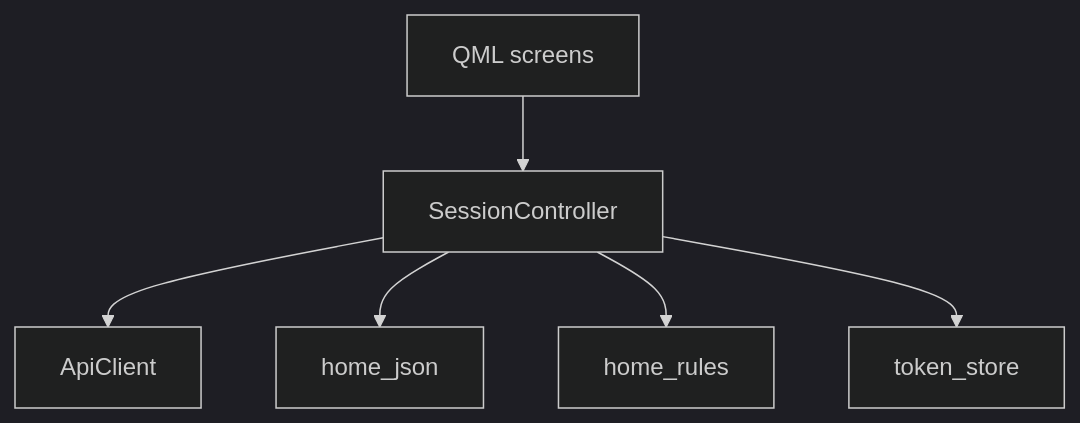
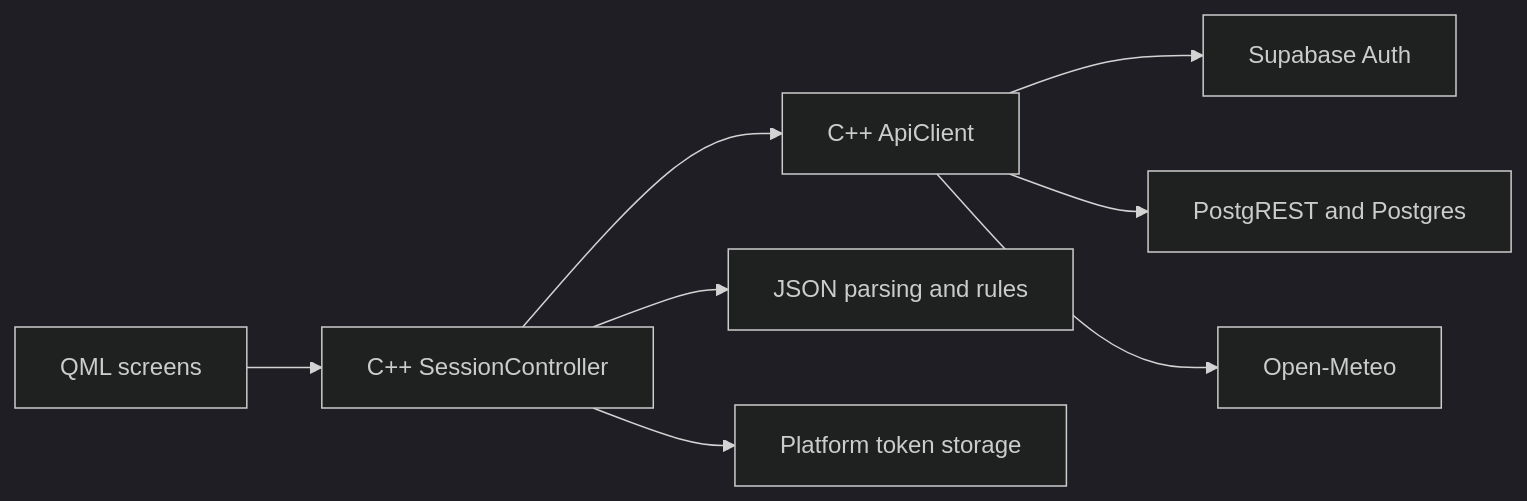
Before and after one commit to denis-mutuma/SmartHome: the diagram in docs/architecture.md, drawn with Mermaid (dark theme). The commit also changed other lines of this file and 2 other files, not shown here.

Commit message:
docs: consolidate prototype and architecture reference

````diff
--- a/docs/architecture.md
+++ b/docs/architecture.md
@@ -34,14 +15,10 @@
 ```mermaid
-flowchart TB
-  qml[QML screens]
-  session[SessionController]
-  api[ApiClient]
-  json[home_json]
-  rules[home_rules]
-  tokens[token_store]
-  qml --> session
-  session --> api
-  session --> json
-  session --> rules
-  session --> tokens
+flowchart LR
+  ui[QML screens] --> controller[C++ SessionController]
+  controller --> api[C++ ApiClient]
+  controller --> parsing[JSON parsing and rules]
+  controller --> storage[Platform token storage]
+  api --> auth[Supabase Auth]
+  api --> rest[PostgREST and Postgres]
+  api --> weather[Open-Meteo]
 ```
````
